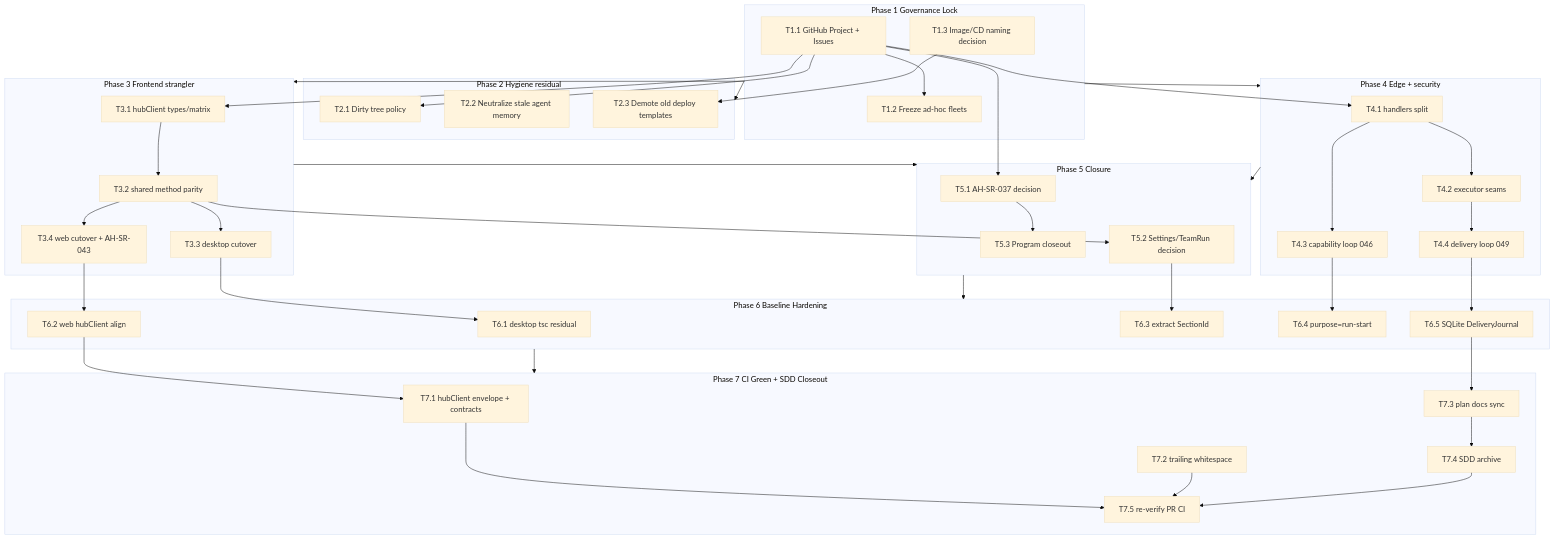
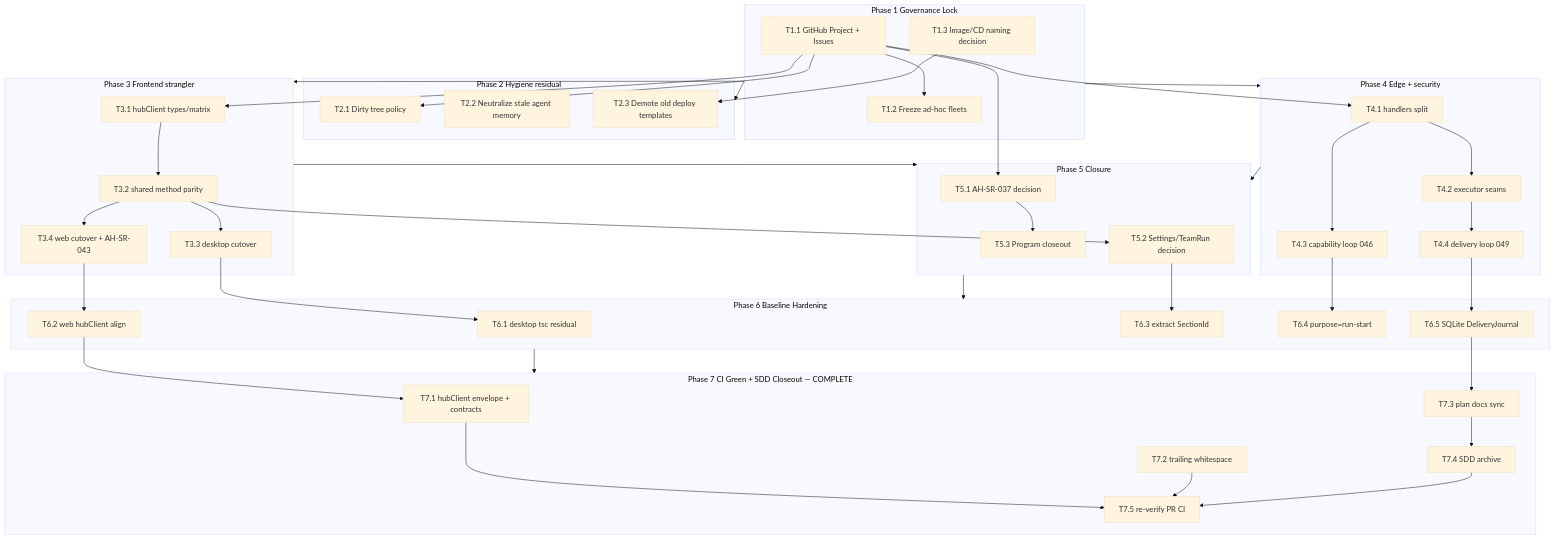
One commit to TokenDanceLab/AgentHub changed the diagram in docs/plan/dependency-graph.md. Above: the diagram before and after it, drawn with Mermaid (base theme). The commit also changed other lines of this file and 24 other files, not shown here.

First line of the commit message:
docs(hygiene): neat-freak SSOT/progress/architecture/onboarding cleanout (#1041)

```diff
--- a/docs/plan/dependency-graph.md
+++ b/docs/plan/dependency-graph.md
@@ -61,7 +65,7 @@
     T44 --> T65
   end
 
-  subgraph P7 [Phase 7 CI Green + SDD Closeout]
+  subgraph P7 [Phase 7 CI Green + SDD Closeout — COMPLETE]
     T71[T7.1 hubClient envelope + contracts]
     T72[T7.2 trailing whitespace]
     T73[T7.3 plan docs sync]
```
